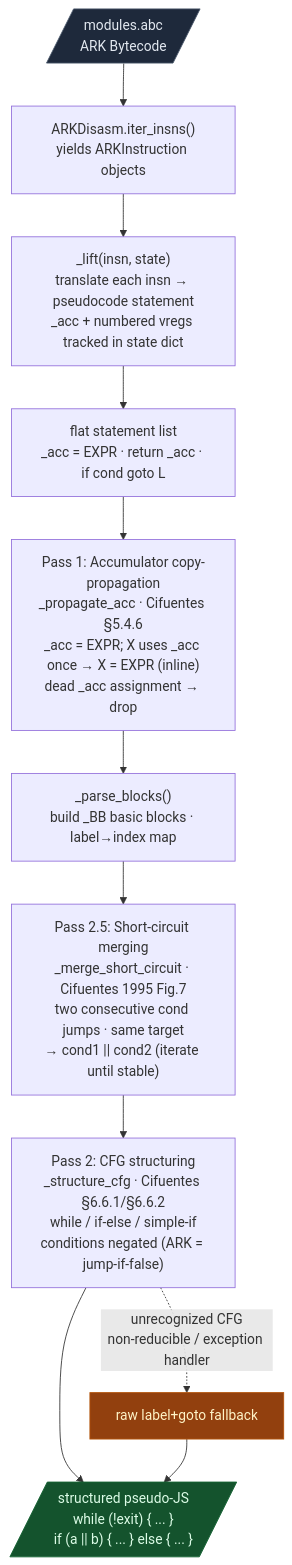
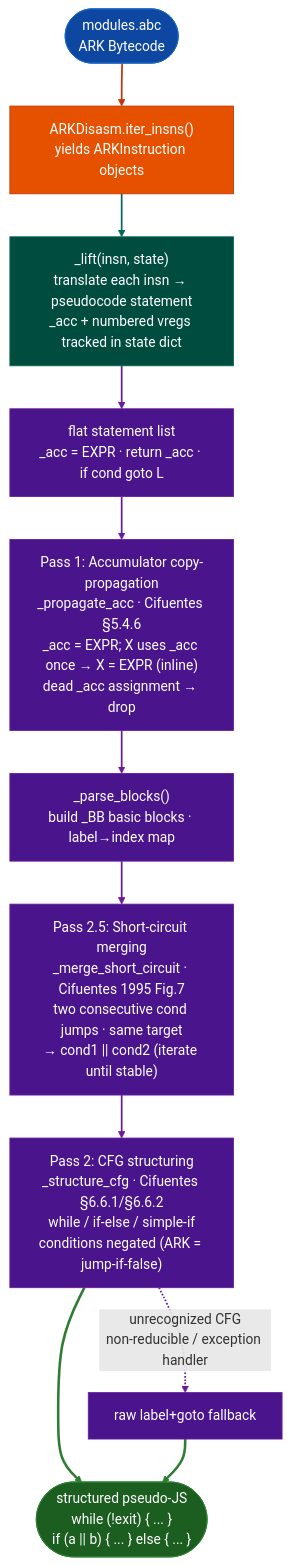
The diagram in docs/reference-modules/harmonyos.md (Ablation-Tool/ablation), drawn with Mermaid before and after one commit. The commit also changed 320 other files, not shown here.

First line of the commit message:
docs: apply canonical Mermaid template to all 321 diagrams

````diff
--- a/docs/reference-modules/harmonyos.md
+++ b/docs/reference-modules/harmonyos.md
@@ -419,18 +419,30 @@
 ```mermaid
 flowchart TD
-    A[/"modules.abc\nARK Bytecode"/] --> B["ARKDisasm.iter_insns()\nyields ARKInstruction objects"]
-    B --> C["_lift(insn, state)\ntranslate each insn → pseudocode statement\n_acc + numbered vregs tracked in state dict"]
-    C --> D["flat statement list\n_acc = EXPR · return _acc · if cond goto L"]
+    A(["modules.abc\nARK Bytecode"]):::input --> B["ARKDisasm.iter_insns()\nyields ARKInstruction objects"]:::primary
+    B:::primary --> C["_lift(insn, state)\ntranslate each insn → pseudocode statement\n_acc + numbered vregs tracked in state dict"]:::secondary
+    C:::secondary --> D["flat statement list\n_acc = EXPR · return _acc · if cond goto L"]:::tertiary
 
-    D --> E["Pass 1: Accumulator copy-propagation\n_propagate_acc · Cifuentes §5.4.6\n_acc = EXPR; X uses _acc once → X = EXPR (inline)\ndead _acc assignment → drop"]
-    E --> F["_parse_blocks()\nbuild _BB basic blocks · label→index map"]
-    F --> G["Pass 2.5: Short-circuit merging\n_merge_short_circuit · Cifuentes 1995 Fig.7\ntwo consecutive cond jumps · same target\n→ cond1 || cond2 (iterate until stable)"]
-    G --> H["Pass 2: CFG structuring\n_structure_cfg · Cifuentes §6.6.1/§6.6.2\nwhile / if-else / simple-if\nconditions negated (ARK = jump-if-false)"]
-    H --> I[/"structured pseudo-JS\nwhile (!exit) { ... }\nif (a || b) { ... } else { ... }"/]
-    H -.->|"unrecognized CFG\nnon-reducible / exception handler"| J["raw label+goto fallback"]
-    J --> I
-
-    style A fill:#1e293b,stroke:#475569,color:#e2e8f0
-    style I fill:#14532d,stroke:#166534,color:#dcfce7
-    style J fill:#92400e,stroke:#b45309,color:#fef3c7
+    D:::tertiary --> E["Pass 1: Accumulator copy-propagation\n_propagate_acc · Cifuentes §5.4.6\n_acc = EXPR; X uses _acc once → X = EXPR (inline)\ndead _acc assignment → drop"]:::tertiary
+    E:::tertiary --> F["_parse_blocks()\nbuild _BB basic blocks · label→index map"]:::tertiary
+    F:::tertiary --> G["Pass 2.5: Short-circuit merging\n_merge_short_circuit · Cifuentes 1995 Fig.7\ntwo consecutive cond jumps · same target\n→ cond1 || cond2 (iterate until stable)"]:::tertiary
+    G:::tertiary --> H["Pass 2: CFG structuring\n_structure_cfg · Cifuentes §6.6.1/§6.6.2\nwhile / if-else / simple-if\nconditions negated (ARK = jump-if-false)"]:::tertiary
+    H:::tertiary --> I(["structured pseudo-JS\nwhile (!exit) { ... }\nif (a || b) { ... } else { ... }"]):::output
+    H:::tertiary -.->|"unrecognized CFG\nnon-reducible / exception handler"| J["raw label+goto fallback"]:::tertiary
+    J:::tertiary --> I:::output
+    classDef input     fill:#0d47a1,stroke:#1565c0,color:#fff
+    classDef primary   fill:#e65100,stroke:#bf360c,color:#fff
+    classDef secondary fill:#004d40,stroke:#00695c,color:#fff
+    classDef tertiary  fill:#4a148c,stroke:#6a1b9a,color:#fff
+    classDef neutral   fill:#37474f,stroke:#546e7a,color:#fff
+    classDef output    fill:#1b5e20,stroke:#2e7d32,color:#fff
+    linkStyle 0 stroke:#bf360c,stroke-width:2px
+    linkStyle 1 stroke:#00695c,stroke-width:2px
+    linkStyle 2 stroke:#6a1b9a,stroke-width:2px
+    linkStyle 3 stroke:#6a1b9a,stroke-width:2px
+    linkStyle 4 stroke:#6a1b9a,stroke-width:2px
+    linkStyle 5 stroke:#6a1b9a,stroke-width:2px
+    linkStyle 6 stroke:#6a1b9a,stroke-width:2px
+    linkStyle 7 stroke:#2e7d32,stroke-width:3px
+    linkStyle 8 stroke:#6a1b9a,stroke-width:2px
+    linkStyle 9 stroke:#2e7d32,stroke-width:3px
 ```
````
